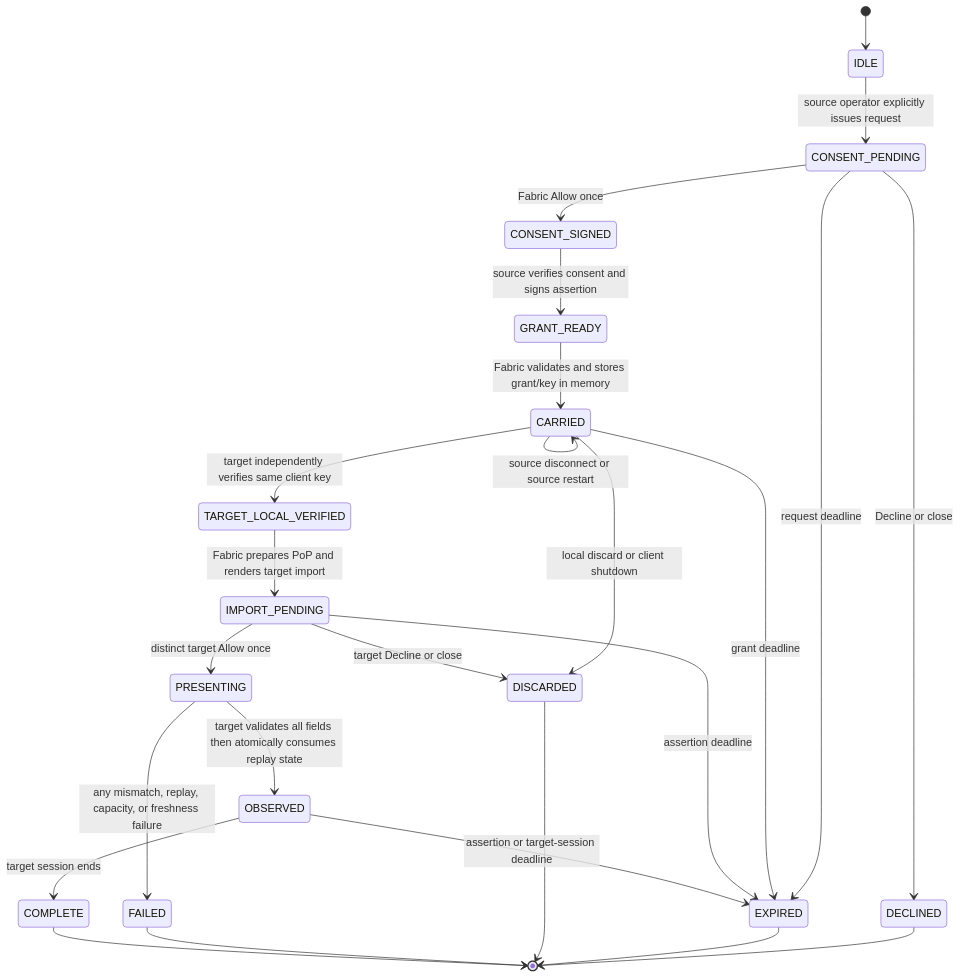
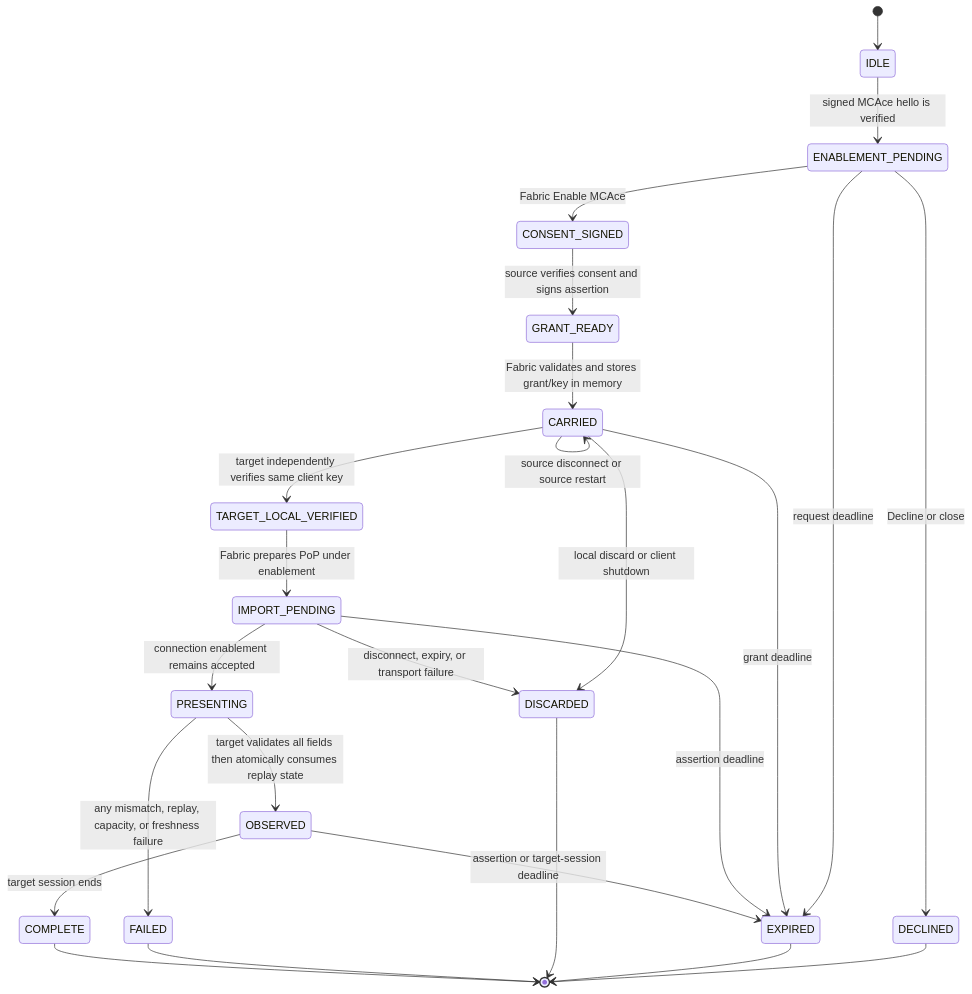
One commit to TypeThe0ry/MCAce changed the diagram in docs/FEDERATION.md. Above: the diagram before and after it, drawn with Mermaid. The commit also changed other lines of this file and 33 other files, not shown here.

Commit message:
feat: gate MCAce behind one connection enablement decision

````diff
--- a/docs/FEDERATION.md
+++ b/docs/FEDERATION.md
@@ -185,27 +188,27 @@
 ```mermaid
 stateDiagram-v2
     [*] --> IDLE
-    IDLE --> CONSENT_PENDING: source operator explicitly issues request
-    CONSENT_PENDING --> DECLINED: Decline or close
-    CONSENT_PENDING --> EXPIRED: request deadline
-    CONSENT_PENDING --> CONSENT_SIGNED: Fabric Allow once
+    IDLE --> ENABLEMENT_PENDING: signed MCAce hello is verified
+    ENABLEMENT_PENDING --> DECLINED: Decline or close
+    ENABLEMENT_PENDING --> EXPIRED: request deadline
+    ENABLEMENT_PENDING --> CONSENT_SIGNED: Fabric Enable MCAce
     CONSENT_SIGNED --> GRANT_READY: source verifies consent and signs assertion
     GRANT_READY --> CARRIED: Fabric validates and stores grant/key in memory
     CARRIED --> CARRIED: source disconnect or source restart
     CARRIED --> EXPIRED: grant deadline
     CARRIED --> DISCARDED: local discard or client shutdown
     CARRIED --> TARGET_LOCAL_VERIFIED: target independently verifies same client key
-    TARGET_LOCAL_VERIFIED --> IMPORT_PENDING: Fabric prepares PoP and renders target import
-    IMPORT_PENDING --> PRESENTING: distinct target Allow once
-    IMPORT_PENDING --> DISCARDED: target Decline or close
+    TARGET_LOCAL_VERIFIED --> IMPORT_PENDING: Fabric prepares PoP under enablement
+    IMPORT_PENDING --> PRESENTING: connection enablement remains accepted
+    IMPORT_PENDING --> DISCARDED: disconnect, expiry, or transport failure
     IMPORT_PENDING --> EXPIRED: assertion deadline
     PRESENTING --> OBSERVED: target validates all fields then atomically consumes replay state
     PRESENTING --> FAILED: any mismatch, replay, capacity, or freshness failure
     OBSERVED --> EXPIRED: assertion or target-session deadline
     OBSERVED --> COMPLETE: target session ends
     DECLINED --> [*]
     EXPIRED --> [*]
     DISCARDED --> [*]
     FAILED --> [*]
     COMPLETE --> [*]
 ```
````
